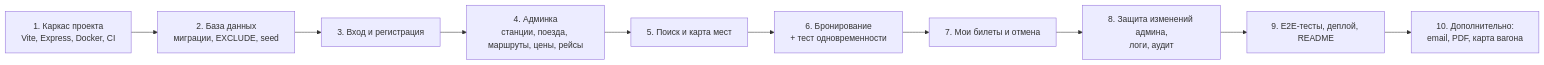
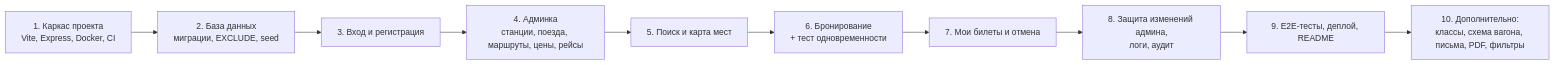
Diagram 17 of 17 in Technical_Design.md (AkmaralNur/Technical-design), drawn with Mermaid before and after one commit. The commit also changed other lines of this file, not shown here.

````diff
--- a/Technical_Design.md
+++ b/Technical_Design.md
@@ -2855,12 +3453,12 @@
 ```mermaid
 flowchart LR
     S1["1. Каркас проекта<br/>Vite, Express, Docker, CI"] --> S2["2. База данных<br/>миграции, EXCLUDE, seed"]
     S2 --> S3["3. Вход и регистрация"]
     S3 --> S4["4. Админка<br/>станции, поезда, маршруты, цены, рейсы"]
     S4 --> S5["5. Поиск и карта мест"]
     S5 --> S6["6. Бронирование<br/>+ тест одновременности"]
     S6 --> S7["7. Мои билеты и отмена"]
     S7 --> S8["8. Защита изменений админа,<br/>логи, аудит"]
     S8 --> S9["9. E2E-тесты, деплой, README"]
-    S9 --> S10["10. Дополнительно:<br/>email, PDF, карта вагона"]
+    S9 --> S10["10. Дополнительно:<br/>классы, схема вагона, письма, PDF, фильтры"]
 ```
````
